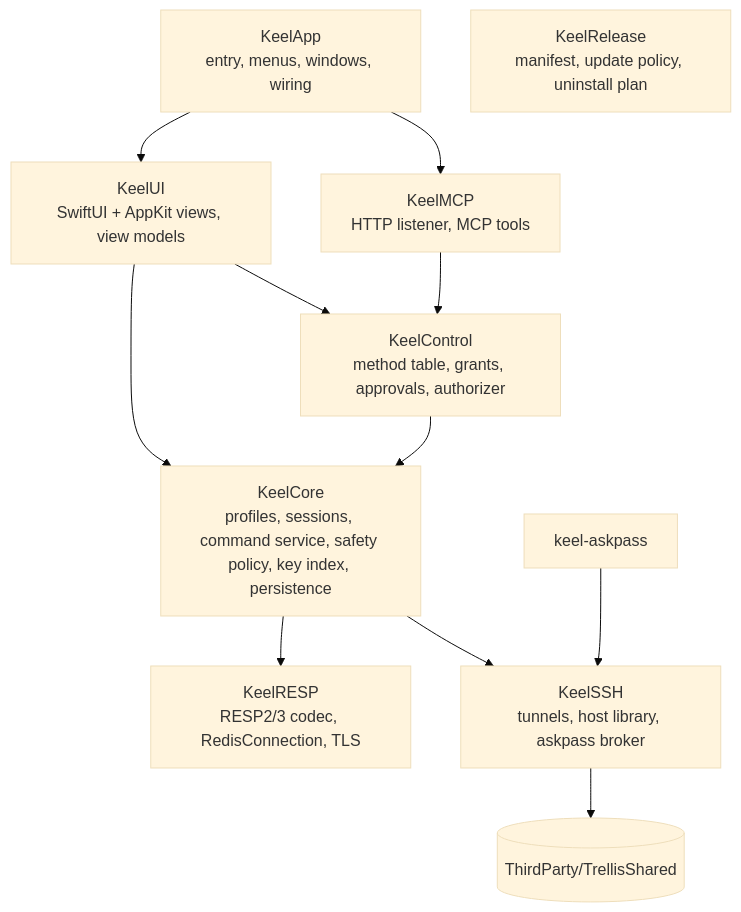
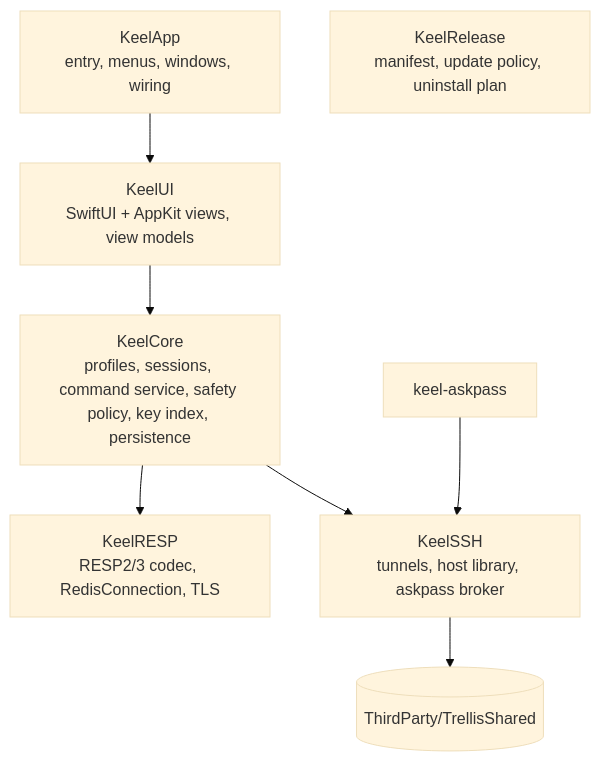
One commit to bearstouch/keel changed the first of 2 diagrams in specs/02-architecture.md. Above: the diagram before and after it, drawn with Mermaid (base theme). The commit also changed other lines of this file and 66 other files, not shown here.

````diff
--- a/specs/02-architecture.md
+++ b/specs/02-architecture.md
@@ -9,15 +9,11 @@
 ```mermaid
 flowchart TD
     App[KeelApp<br/>entry, menus, windows, wiring] --> UI
-    App --> MCP
     UI[KeelUI<br/>SwiftUI + AppKit views, view models] --> Core
-    UI --> Control
-    MCP[KeelMCP<br/>HTTP listener, MCP tools] --> Control
-    Control[KeelControl<br/>method table, grants, approvals, authorizer] --> Core
     Core[KeelCore<br/>profiles, sessions, command service, safety policy, key index, persistence] --> RESP
     Core --> SSH
     RESP[KeelRESP<br/>RESP2/3 codec, RedisConnection, TLS]
     SSH[KeelSSH<br/>tunnels, host library, askpass broker] --> Shared[(ThirdParty/TrellisShared)]
     AskpassMain[keel-askpass] --> SSH
     Release[KeelRelease<br/>manifest, update policy, uninstall plan]
 ```
````
